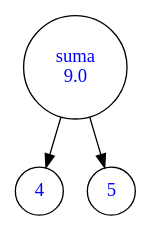
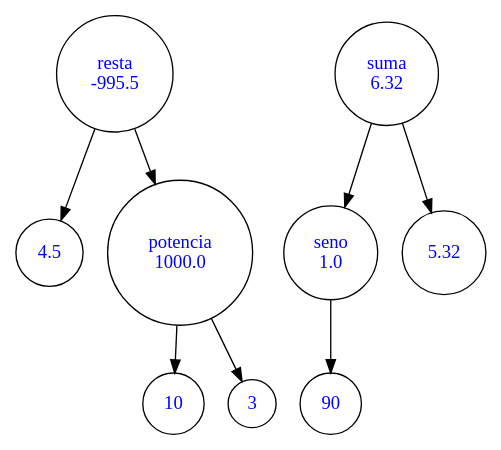
The diagram in GraficaArbol.dot (Javier-201906795/LFP_S2_2023_Proyecto1_201906795), drawn with Graphviz before and after one commit. The commit also changed 5 other files, not shown here.

```diff
--- a/GraficaArbol.dot
+++ b/GraficaArbol.dot
@@ -1,9 +1,23 @@
 digraph Grafica {
 	node [fillcolor=white fontcolor=blue shape=circle style=filled]
-	x1 [label=4]
-	x2 [label=5]
-	x3 [label="suma
-9.0"]
-	x3 -> x2
-	x3 -> x1
+	x1 [label=4.5]
+	x2 [label=10]
+	x3 [label=3]
+	x4 [label="potencia
+1000.0"]
+	x4 -> x3
+	x4 -> x2
+	x5 [label="resta
+-995.5"]
+	x5 -> x4
+	x5 -> x1
+	x6 [label="seno
+1.0"]
+	x7 [label=90]
+	x6 -> x7
+	x8 [label=5.32]
+	x9 [label="suma
+6.32"]
+	x9 -> x8
+	x9 -> x6
 }
```
